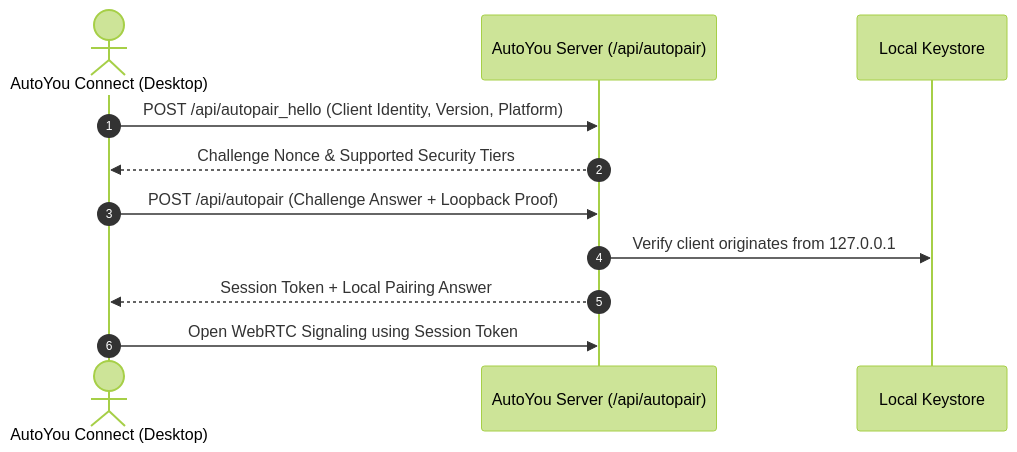
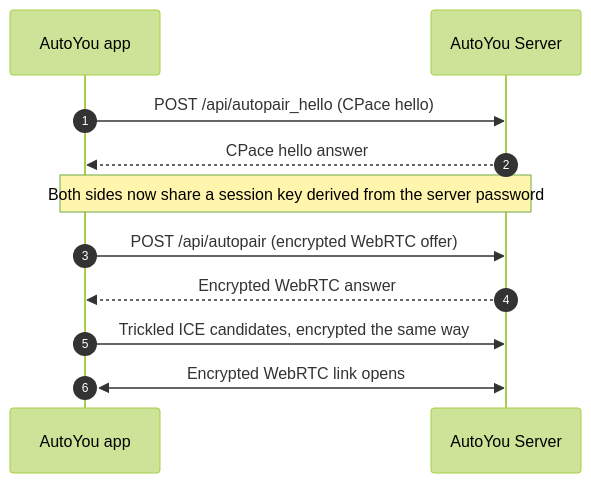
The diagram in docs/architecture/pairing-and-discovery.mdx (autoyou-ai/AutoYou-Server), drawn with Mermaid (forest theme) before and after one commit. The commit also changed other lines of this file and 64 other files, not shown here.

````diff
--- a/docs/architecture/pairing-and-discovery.mdx
+++ b/docs/architecture/pairing-and-discovery.mdx
@@ -67,14 +67,14 @@
 ```mermaid
 sequenceDiagram
     autonumber
-    actor Client as AutoYou Connect (Desktop)
-    participant Server as AutoYou Server (/api/autopair)
-    participant Keystore as Local Keystore
+    participant Client as AutoYou app
+    participant Server as AutoYou Server
 
-    Client->>Server: POST /api/autopair_hello (Client Identity, Version, Platform)
-    Server-->>Client: Challenge Nonce & Supported Security Tiers
-    Client->>Server: POST /api/autopair (Challenge Answer + Loopback Proof)
-    Server->>Keystore: Verify client originates from 127.0.0.1
-    Server-->>Client: Session Token + Local Pairing Answer
-    Client->>Server: Open WebRTC Signaling using Session Token
+    Client->>Server: POST /api/autopair_hello (CPace hello)
+    Server-->>Client: CPace hello answer
+    Note over Client,Server: Both sides now share a session key derived from the server password
+    Client->>Server: POST /api/autopair (encrypted WebRTC offer)
+    Server-->>Client: Encrypted WebRTC answer
+    Client->>Server: Trickled ICE candidates, encrypted the same way
+    Client<<->>Server: Encrypted WebRTC link opens
 ```
````
